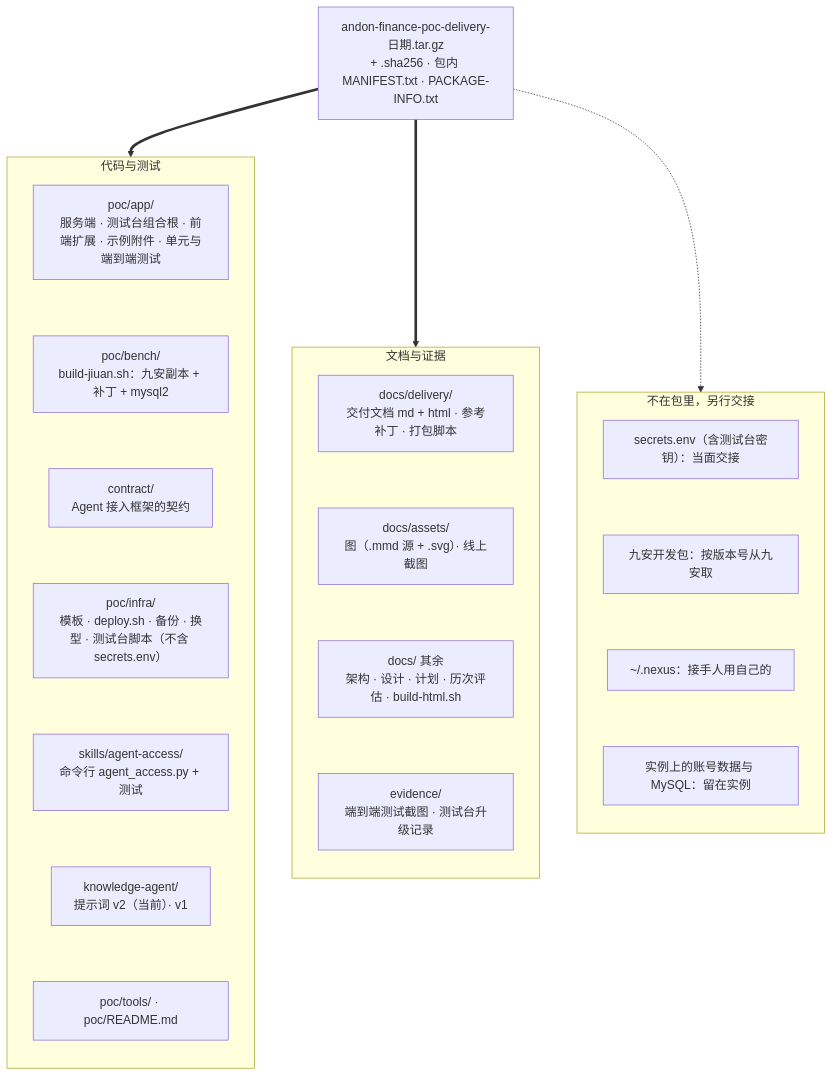
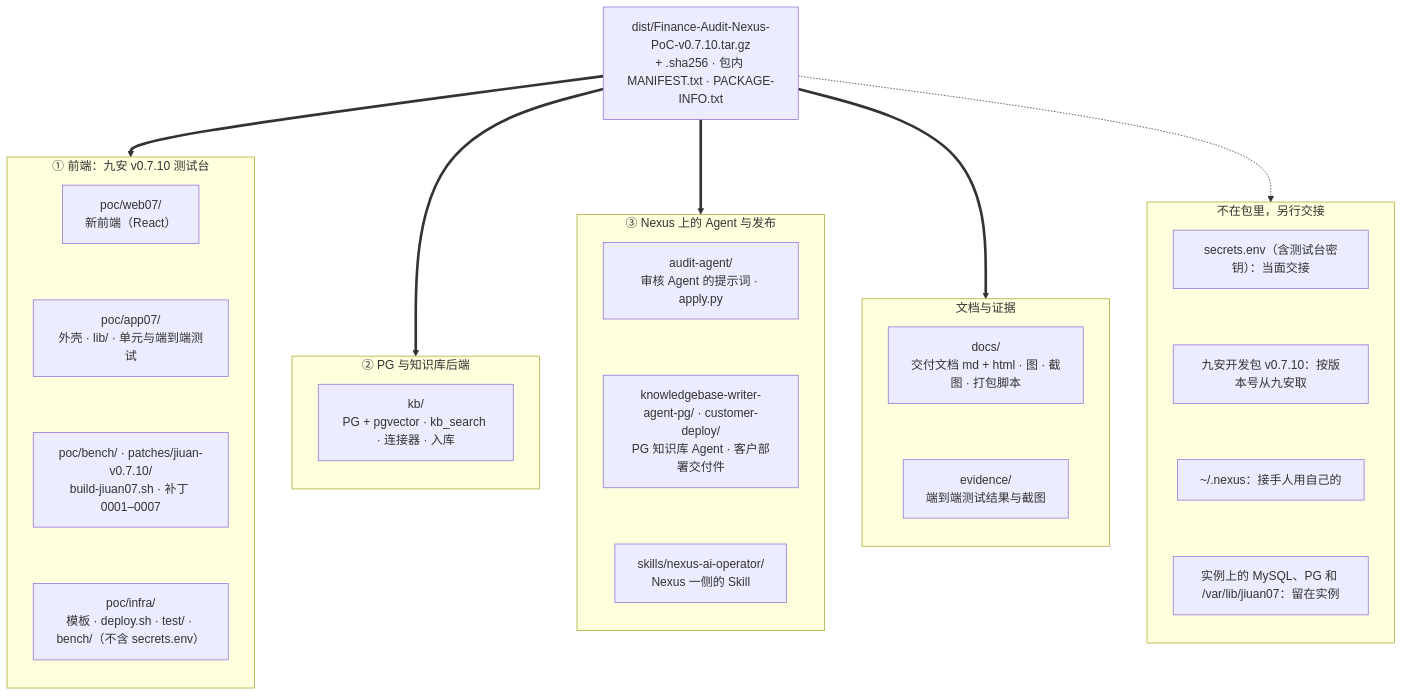
One commit to LiboMa/nexus-jiuan-agent-framework-poc changed the diagram in docs/assets/diagrams/package-contents.mmd. Above: the diagram before and after it, drawn with Mermaid. The commit also changed 92 other files, not shown here.

```diff
--- a/docs/assets/diagrams/package-contents.mmd
+++ b/docs/assets/diagrams/package-contents.mmd
@@ -1,35 +1,43 @@
 flowchart TB
-  pkg["andon-finance-poc-delivery-日期.tar.gz<br/>+ .sha256 · 包内 MANIFEST.txt · PACKAGE-INFO.txt"]
-  subgraph code["代码与测试"]
+  pkg["dist/Finance-Audit-Nexus-PoC-v0.7.10.tar.gz<br/>+ .sha256 · 包内 MANIFEST.txt · PACKAGE-INFO.txt"]
+  subgraph front["① 前端：九安 v0.7.10 测试台"]
     direction TB
-    app["poc/app/<br/>服务端 · 测试台组合根 · 前端扩展 · 示例附件 · 单元与端到端测试"]
-    bench["poc/bench/<br/>build-jiuan.sh：九安副本 + 补丁 + mysql2"]
-    contract["contract/<br/>Agent 接入框架的契约"]
-    infra["poc/infra/<br/>模板 · deploy.sh · 备份 · 换型 · 测试台脚本（不含 secrets.env）"]
-    skills["skills/agent-access/<br/>命令行 agent_access.py + 测试"]
-    ka["knowledge-agent/<br/>提示词 v2（当前）· v1"]
-    tools["poc/tools/ · poc/README.md"]
+    web["poc/web07/<br/>新前端（React）"]
+    app["poc/app07/<br/>外壳 · lib/ · 单元与端到端测试"]
+    bench["poc/bench/ · patches/jiuan-v0.7.10/<br/>build-jiuan07.sh · 补丁 0001–0007"]
+    infra["poc/infra/<br/>模板 · deploy.sh · test/ · bench/（不含 secrets.env）"]
+  end
+  subgraph back["② PG 与知识库后端"]
+    direction TB
+    kb["kb/<br/>PG + pgvector · kb_search · 连接器 · 入库"]
+  end
+  subgraph agents["③ Nexus 上的 Agent 与发布"]
+    direction TB
+    aa["audit-agent/<br/>审核 Agent 的提示词 · apply.py"]
+    pga["knowledgebase-writer-agent-pg/ · customer-deploy/<br/>PG 知识库 Agent · 客户部署交付件"]
+    op["skills/nexus-ai-operator/<br/>Nexus 一侧的 Skill"]
   end
   subgraph docsg["文档与证据"]
     direction TB
-    delivery["docs/delivery/<br/>交付文档 md + html · 参考补丁 · 打包脚本"]
-    assets["docs/assets/<br/>图（.mmd 源 + .svg）· 线上截图"]
-    rest["docs/ 其余<br/>架构 · 设计 · 计划 · 历次评估 · build-html.sh"]
-    ev["evidence/<br/>端到端测试截图 · 测试台升级记录"]
+    delivery["docs/<br/>交付文档 md + html · 图 · 截图 · 打包脚本"]
+    ev["evidence/<br/>端到端测试结果与截图"]
   end
   subgraph outg["不在包里，另行交接"]
     direction TB
     o1["secrets.env（含测试台密钥）：当面交接"]
-    o2["九安开发包：按版本号从九安取"]
+    o2["九安开发包 v0.7.10：按版本号从九安取"]
     o3["~/.nexus：接手人用自己的"]
-    o4["实例上的账号数据与 MySQL：留在实例"]
+    o4["实例上的 MySQL、PG 和 /var/lib/jiuan07：留在实例"]
   end
-  pkg ==> code
+  pkg ==> front
+  pkg ==> back
+  pkg ==> agents
   pkg ==> docsg
   pkg -.-> outg
-  app ~~~ bench ~~~ contract ~~~ infra ~~~ skills ~~~ ka ~~~ tools
-  delivery ~~~ assets ~~~ rest ~~~ ev
+  web ~~~ app ~~~ bench ~~~ infra
+  aa ~~~ pga ~~~ op
+  delivery ~~~ ev
   o1 ~~~ o2 ~~~ o3 ~~~ o4
   class pkg nexus
-  class app,bench,contract,infra,skills,ka,tools,delivery,assets,rest,ev poc
+  class web,app,bench,infra,kb,aa,pga,op,delivery,ev poc
   class o1,o2,o3,o4 risk
```
